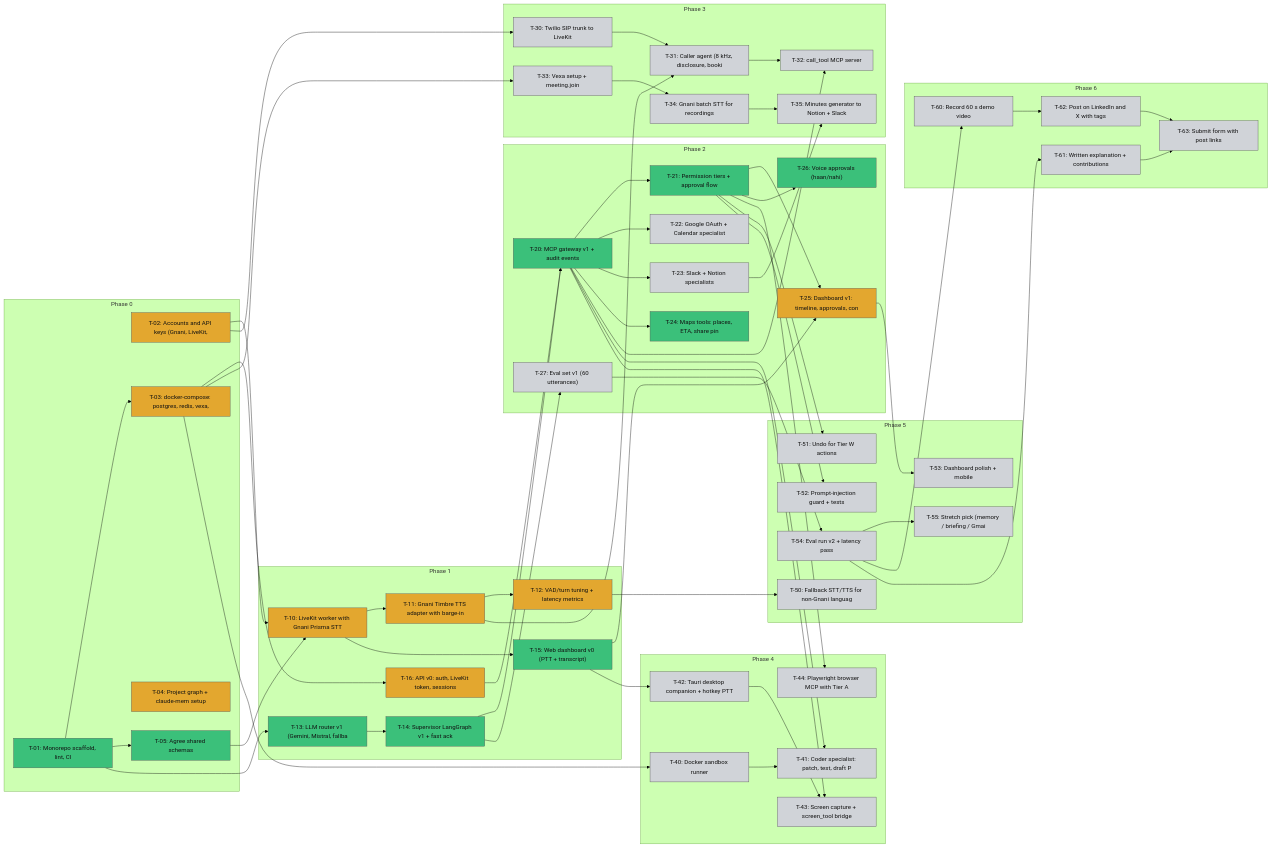
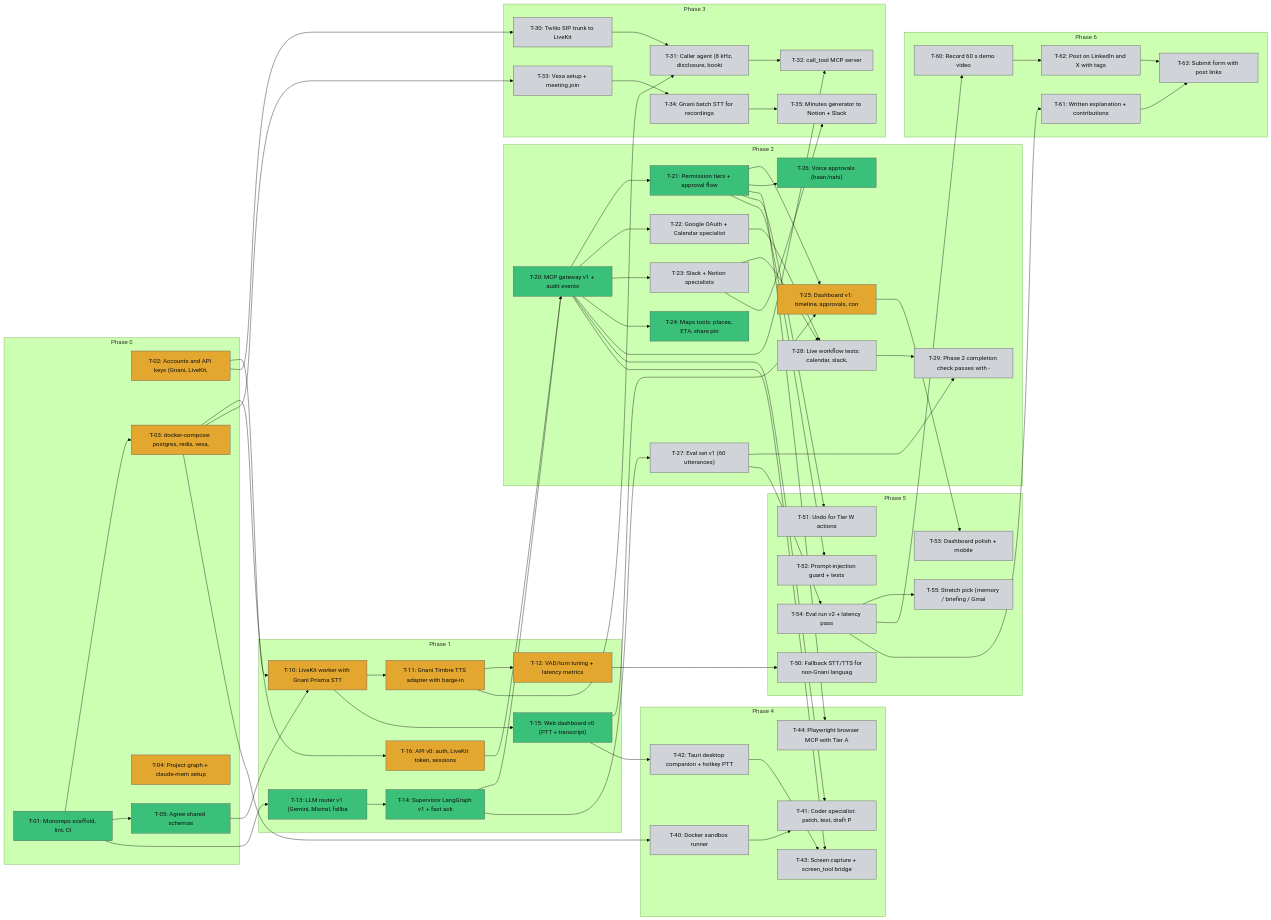
The diagram in PROGRESS.md (Joohhnnyyy/Rex), drawn with Mermaid (forest theme) before and after one commit. The commit also changed other lines of this file and 9 other files, not shown here.

First line of the commit message:
Phase 2 hand-over to Shanky: work package, live workflow tests, completion checker

```diff
--- a/PROGRESS.md
+++ b/PROGRESS.md
@@ -88,6 +88,8 @@
     T25["T-25: Dashboard v1: timeline, approvals, con"]:::in_progress
     T26["T-26: Voice approvals (haan/nahi)"]:::done
     T27["T-27: Eval set v1 (60 utterances)"]:::todo
+    T28["T-28: Live workflow tests: calendar, slack, "]:::todo
+    T29["T-29: Phase 2 completion check passes with -"]:::todo
   end
   subgraph Phase3["Phase 3"]
     T30["T-30: Twilio SIP trunk to LiveKit"]:::todo
@@ -138,6 +140,10 @@
   T21 --> T25
   T21 --> T26
   T14 --> T27
+  T22 --> T28
+  T23 --> T28
+  T28 --> T29
+  T27 --> T29
   T02 --> T30
   T30 --> T31
   T11 --> T31
```
